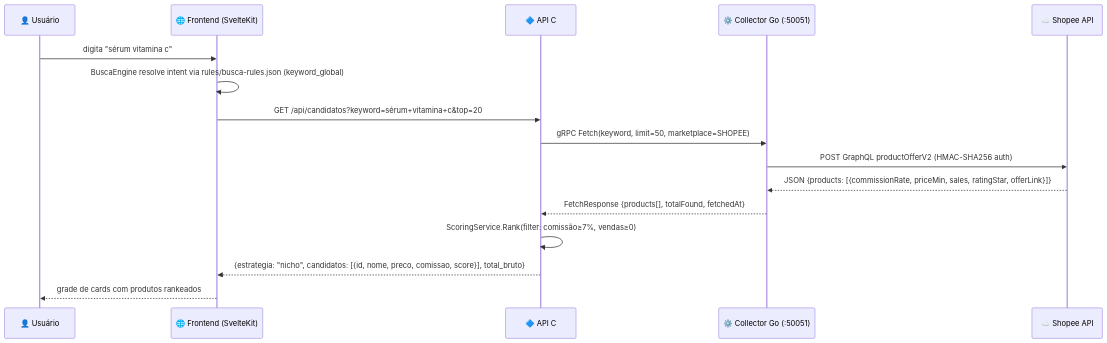
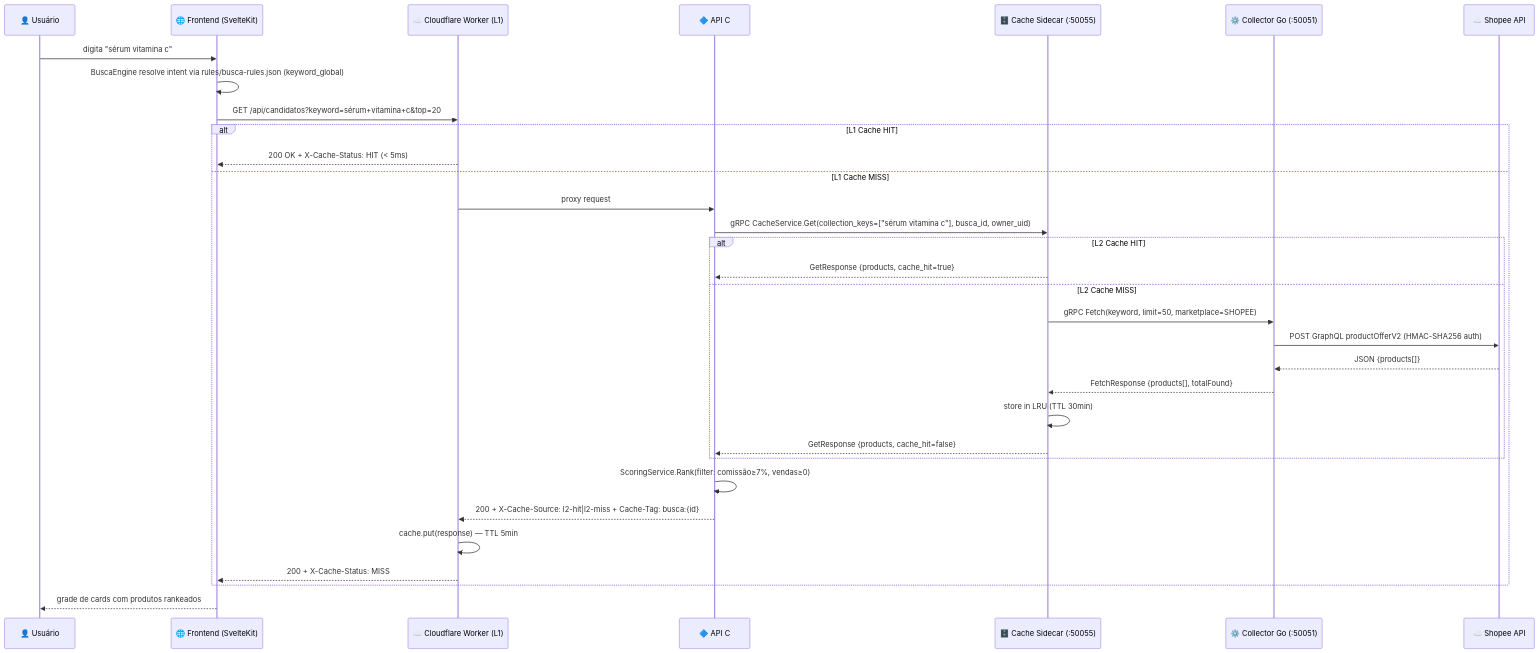
The first of 13 diagrams in docs/08-fluxos-sequencia.md (fmarquesfilho/garimpo), drawn with Mermaid before and after one commit. The commit also changed other lines of this file and 16 other files, not shown here.

````diff
--- a/docs/08-fluxos-sequencia.md
+++ b/docs/08-fluxos-sequencia.md
@@ -19,19 +20,35 @@
 ```mermaid
 sequenceDiagram
     participant U as 👤 Usuário
     participant F as 🌐 Frontend (SvelteKit)
+    participant W as ☁️ Cloudflare Worker (L1)
     participant A as 🔷 API C# (:8080)
+    participant L2 as 🗄️ Cache Sidecar (:50055)
     participant C as ⚙️ Collector Go (:50051)
     participant S as ☁️ Shopee API
 
     U->>F: digita "sérum vitamina c"
     F->>F: BuscaEngine resolve intent via rules/busca-rules.json (keyword_global)
-    F->>A: GET /api/candidatos?keyword=sérum+vitamina+c&top=20
-    A->>C: gRPC Fetch(keyword, limit=50, marketplace=SHOPEE)
-    C->>S: POST GraphQL productOfferV2 (HMAC-SHA256 auth)
-    S-->>C: JSON {products: [{commissionRate, priceMin, sales, ratingStar, offerLink}]}
-    C-->>A: FetchResponse {products[], totalFound, fetchedAt}
-    A->>A: ScoringService.Rank(filter: comissão≥7%, vendas≥0)
-    A-->>F: {estrategia: "nicho", candidatos: [{id, nome, preco, comissao, score}], total_bruto}
+    F->>W: GET /api/candidatos?keyword=sérum+vitamina+c&top=20
+    alt L1 Cache HIT
+        W-->>F: 200 OK + X-Cache-Status: HIT (< 5ms)
+    else L1 Cache MISS
+        W->>A: proxy request
+        A->>L2: gRPC CacheService.Get(collection_keys=["sérum vitamina c"], busca_id, owner_uid)
+        alt L2 Cache HIT
+            L2-->>A: GetResponse {products, cache_hit=true}
+        else L2 Cache MISS
+            L2->>C: gRPC Fetch(keyword, limit=50, marketplace=SHOPEE)
+            C->>S: POST GraphQL productOfferV2 (HMAC-SHA256 auth)
+            S-->>C: JSON {products[]}
+            C-->>L2: FetchResponse {products[], totalFound}
+            L2->>L2: store in LRU (TTL 30min)
+            L2-->>A: GetResponse {products, cache_hit=false}
+        end
+        A->>A: ScoringService.Rank(filter: comissão≥7%, vendas≥0)
+        A-->>W: 200 + X-Cache-Source: l2-hit|l2-miss + Cache-Tag: busca:{id}
+        W->>W: cache.put(response) — TTL 5min
+        W-->>F: 200 + X-Cache-Status: MISS
+    end
     F-->>U: grade de cards com produtos rankeados
 ```
````
